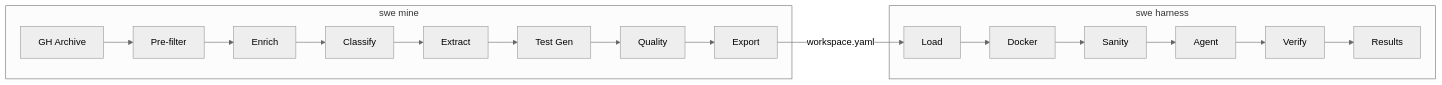
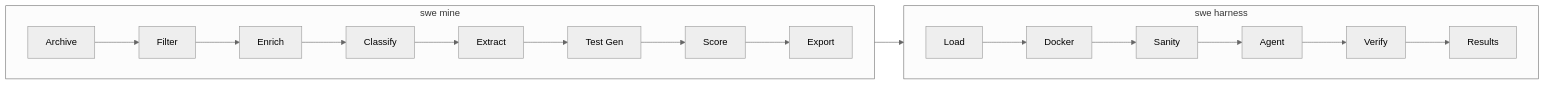
One commit to CortexLM/dataforge changed the first of 5 diagrams in README.md. Above: the diagram before and after it, drawn with Mermaid (neutral theme).

Commit message:
docs: simplify architecture diagram with shorter labels

````diff
--- a/README.md
+++ b/README.md
@@ -27,12 +27,14 @@
 ```mermaid
 graph LR
     subgraph Mine["swe mine"]
-        GHA[GH Archive] --> PRE[Pre-filter] --> ENR[Enrich] --> CLS[Classify] --> EXT[Extract] --> TST[Test Gen] --> QUA[Quality] --> EXP[Export]
+        direction LR
+        A[Archive] --> B[Filter] --> C[Enrich] --> D[Classify] --> E[Extract] --> F[Test Gen] --> G[Score] --> H[Export]
     end
 
     subgraph Harness["swe harness"]
-        LOAD[Load] --> DOCK[Docker] --> SAN[Sanity] --> AGT[Agent] --> VER[Verify] --> RES[Results]
+        direction LR
+        I[Load] --> J[Docker] --> K[Sanity] --> L[Agent] --> M[Verify] --> N[Results]
     end
 
-    EXP -->|workspace.yaml| LOAD
+    H --> I
 ```
````
